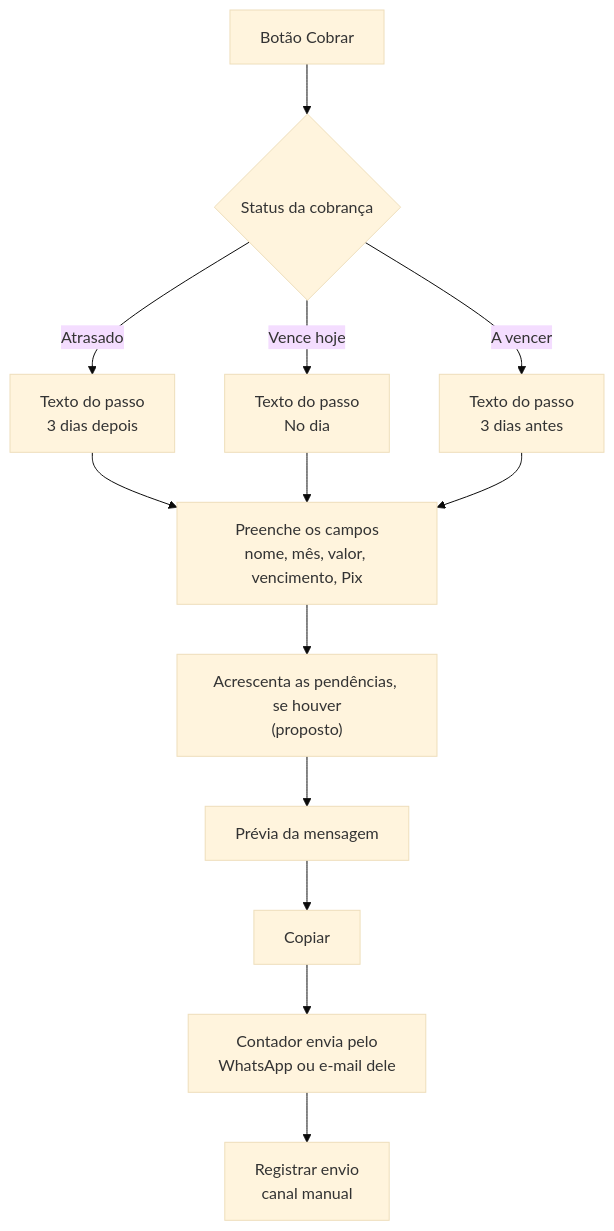
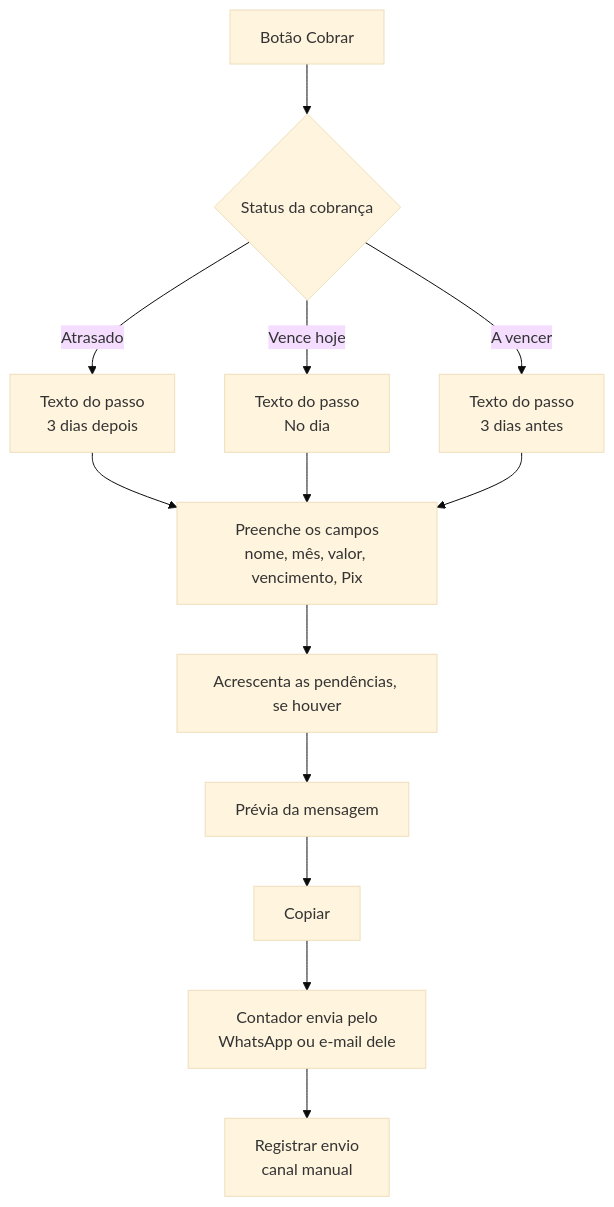
One commit to 77mdias/neximob changed the tenth of 19 diagrams in docs/Mapa de fluxo.md. Above: the diagram before and after it, drawn with Mermaid (base theme). The commit also changed other lines of this file and 15 other files, not shown here.

````diff
--- a/docs/Mapa de fluxo.md
+++ b/docs/Mapa de fluxo.md
@@ -261,15 +261,15 @@
 ```mermaid
 flowchart TD
     A["Botão Cobrar"] --> S{"Status da cobrança"}
     S -- "Atrasado" --> T3["Texto do passo<br/>3 dias depois"]
     S -- "Vence hoje" --> T0["Texto do passo<br/>No dia"]
     S -- "A vencer" --> TM["Texto do passo<br/>3 dias antes"]
     T3 --> P["Preenche os campos<br/>nome, mês, valor, vencimento, Pix"]
     T0 --> P
     TM --> P
-    P --> PD["Acrescenta as pendências, se houver<br/>(proposto)"]
+    P --> PD["Acrescenta as pendências, se houver"]
     PD --> V["Prévia da mensagem"]
     V --> CP["Copiar"]
     CP --> EXT["Contador envia pelo<br/>WhatsApp ou e-mail dele"]
     EXT --> R["Registrar envio<br/>canal manual"]
 ```
````
